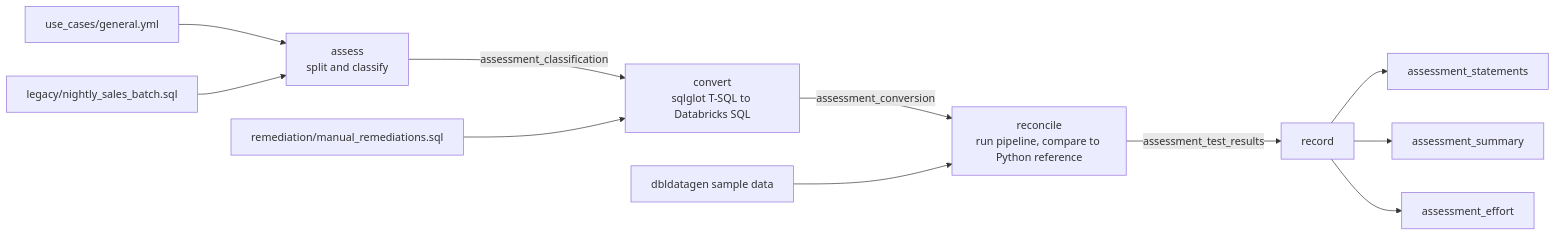
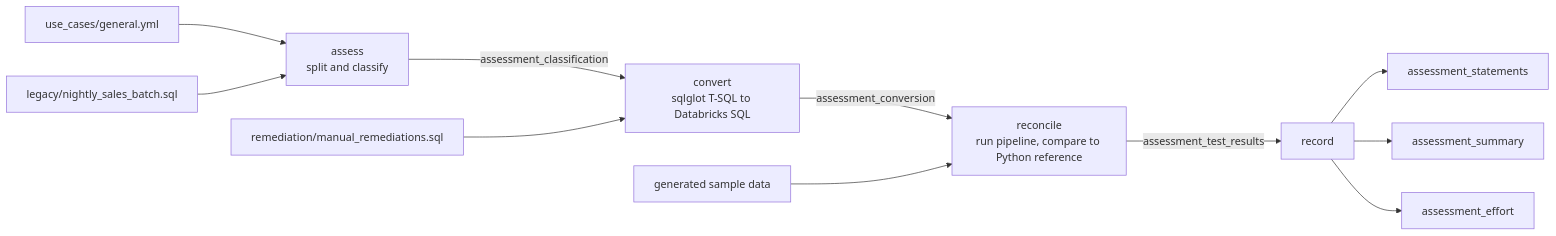
One commit to pengbricks/pengbricks-app-capabilities-walkthrough changed the diagram in reference/legacy-conversion/guides/legacy-conversion/README.md. Above: the diagram before and after it, drawn with Mermaid. The commit also changed other lines of this file and 209 other files, not shown here.

First line of the commit message:
Add CDC and Delta/Iceberg guides with shared sample data

````diff
--- a/reference/legacy-conversion/guides/legacy-conversion/README.md
+++ b/reference/legacy-conversion/guides/legacy-conversion/README.md
@@ -44,13 +44,13 @@
 ```mermaid
 flowchart LR
     spec[use_cases/general.yml] --> A
     L[legacy/nightly_sales_batch.sql] --> A[assess<br/>split and classify]
     A -->|assessment_classification| C[convert<br/>sqlglot T-SQL to Databricks SQL]
     R[remediation/manual_remediations.sql] --> C
     C -->|assessment_conversion| T[reconcile<br/>run pipeline, compare to Python reference]
-    G[dbldatagen sample data] --> T
+    G[generated sample data] --> T
     T -->|assessment_test_results| W[record]
     W --> S[assessment_statements]
     W --> M[assessment_summary]
     W --> E[assessment_effort]
 ```
````
